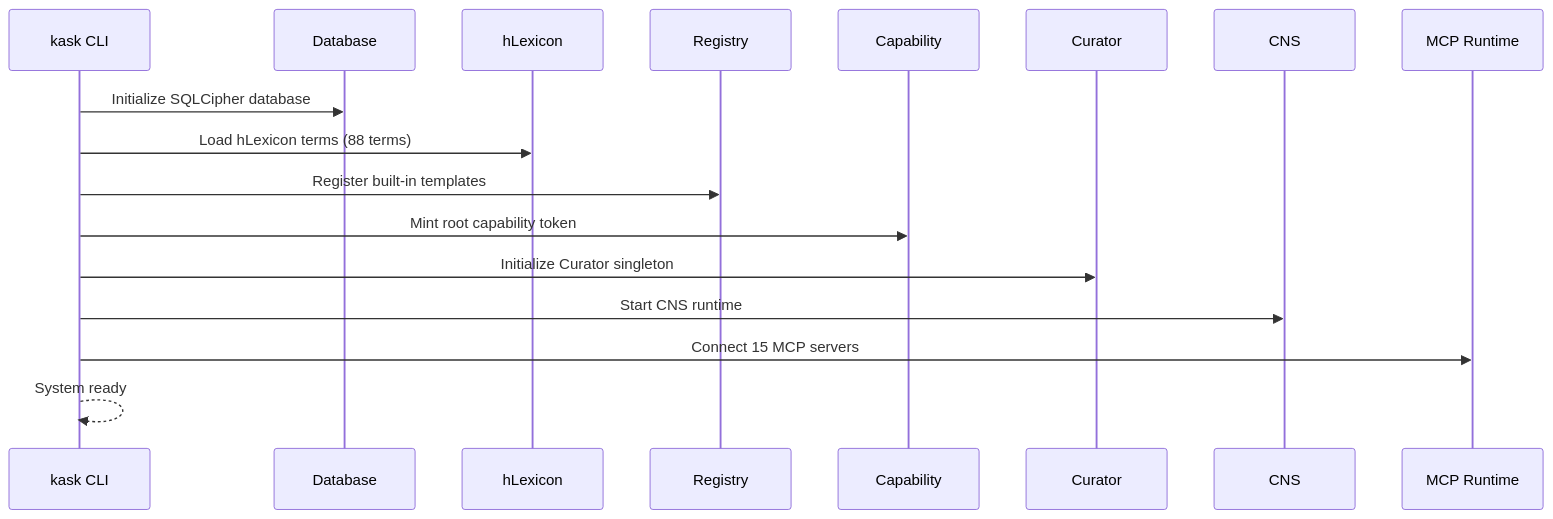
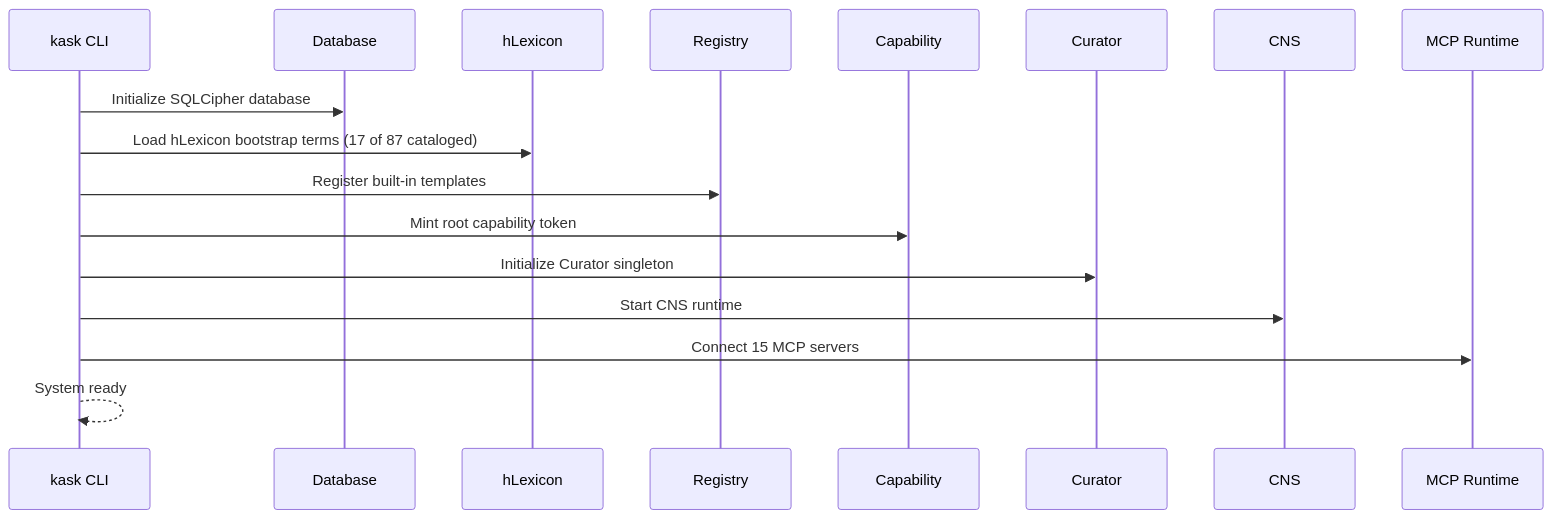
One commit to mdz-axo/hKask changed the second of 3 diagrams in docs/architecture/persistence-and-lifecycle.md. Above: the diagram before and after it, drawn with Mermaid. The commit also changed other lines of this file and 16 other files, not shown here.

````diff
--- a/docs/architecture/persistence-and-lifecycle.md
+++ b/docs/architecture/persistence-and-lifecycle.md
@@ -213,20 +213,20 @@
 ```mermaid
 sequenceDiagram
     participant CLI as kask CLI
     participant DB as Database
     participant LEX as hLexicon
     participant REG as Registry
     participant CAP as Capability
     participant CUR as Curator
     participant CNS as CNS
     participant MCP as MCP Runtime
 
     CLI->>DB: Initialize SQLCipher database
-    CLI->>LEX: Load hLexicon terms (88 terms)
+    CLI->>LEX: Load hLexicon bootstrap terms (17 of 87 cataloged)
     CLI->>REG: Register built-in templates
     CLI->>CAP: Mint root capability token
     CLI->>CUR: Initialize Curator singleton
     CLI->>CNS: Start CNS runtime
     CLI->>MCP: Connect 15 MCP servers
     CLI-->>CLI: System ready
 ```
````
